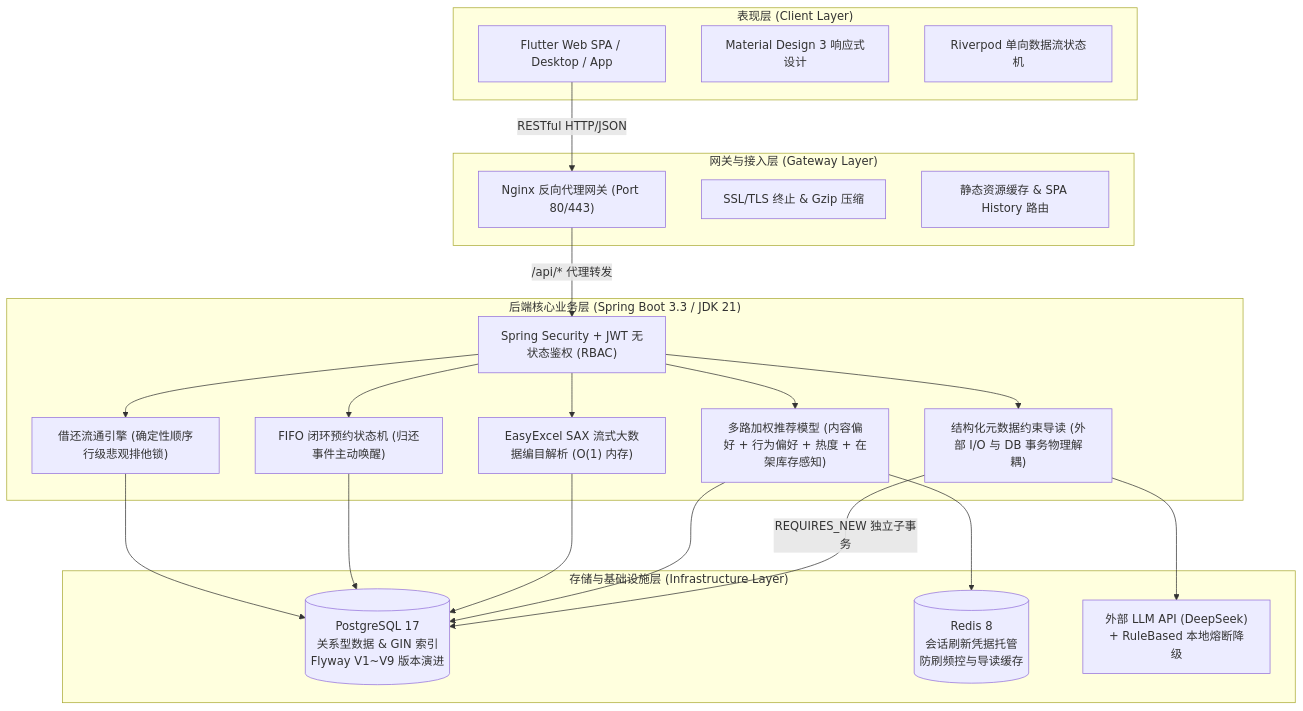
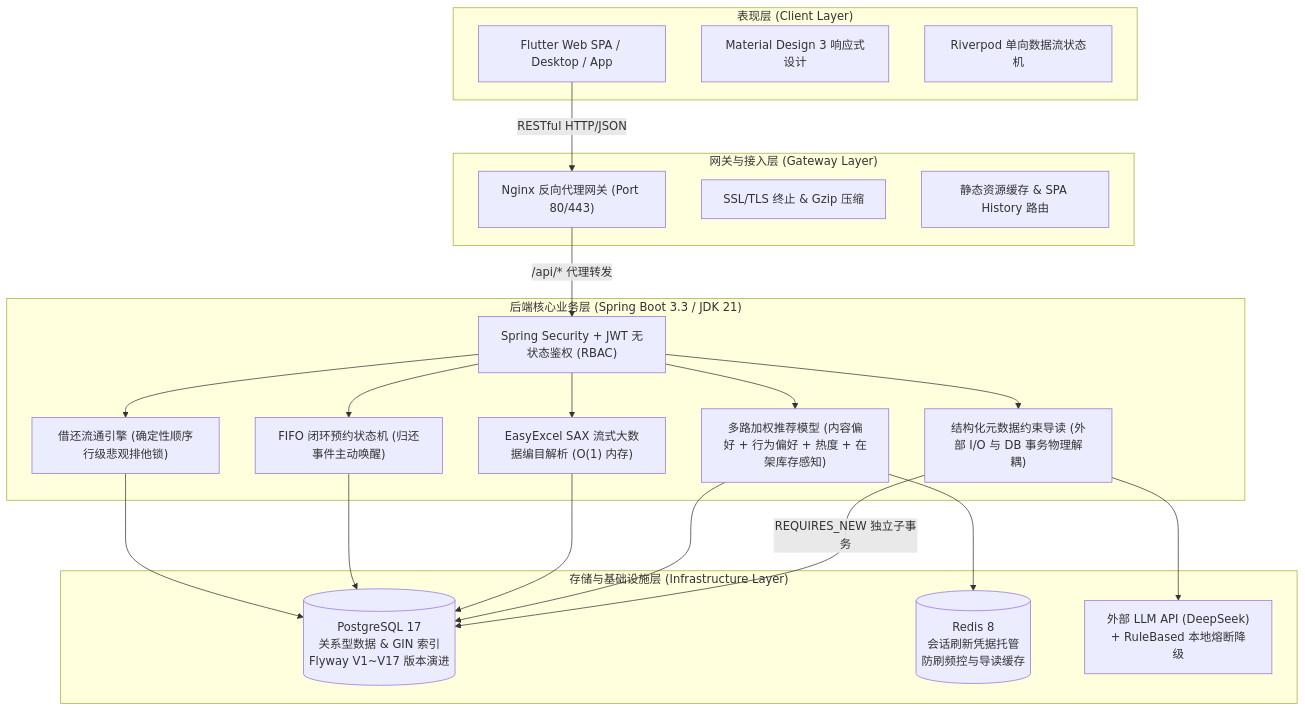
One commit to kgnb666/campus-library-system changed the diagram in README.md. Above: the diagram before and after it, drawn with Mermaid. The commit also changed other lines of this file and 37 other files, not shown here.

````diff
--- a/README.md
+++ b/README.md
@@ -76,37 +89,37 @@
 ```mermaid
 flowchart TD
     subgraph ClientLayer ["表现层 (Client Layer)"]
         A1["Flutter Web SPA / Desktop / App"]
         A2["Material Design 3 响应式设计"]
         A3["Riverpod 单向数据流状态机"]
     end
 
     subgraph GatewayLayer ["网关与接入层 (Gateway Layer)"]
         B1["Nginx 反向代理网关 (Port 80/443)"]
         B2["SSL/TLS 终止 & Gzip 压缩"]
         B3["静态资源缓存 & SPA History 路由"]
     end
 
     subgraph ServiceLayer ["后端核心业务层 (Spring Boot 3.3 / JDK 21)"]
         C1["Spring Security + JWT 无状态鉴权 (RBAC)"]
         C2["借还流通引擎 (确定性顺序行级悲观排他锁)"]
         C3["FIFO 闭环预约状态机 (归还事件主动唤醒)"]
         C4["多路加权推荐模型 (内容偏好 + 行为偏好 + 热度 + 在架库存感知)"]
         C5["结构化元数据约束导读 (外部 I/O 与 DB 事务物理解耦)"]
         C6["EasyExcel SAX 流式大数据编目解析 (O(1) 内存)"]
     end
 
     subgraph DataLayer ["存储与基础设施层 (Infrastructure Layer)"]
-        D1[("PostgreSQL 17\n关系型数据 & GIN 索引\nFlyway V1~V9 版本演进")]
+        D1[("PostgreSQL 17\n关系型数据 & GIN 索引\nFlyway V1~V17 版本演进")]
         D2[("Redis 8\n会话刷新凭据托管\n防刷频控与导读缓存")]
         D3["外部 LLM API (DeepSeek)\n+ RuleBased 本地熔断降级"]
     end
 
     A1 -->|RESTful HTTP/JSON| B1
     B1 -->|/api/* 代理转发| C1
     C1 --> C2 & C3 & C4 & C5 & C6
     C2 & C3 & C6 --> D1
     C4 --> D1 & D2
     C5 --> D3
     C5 -->|REQUIRES_NEW 独立子事务| D1
 ```
````
